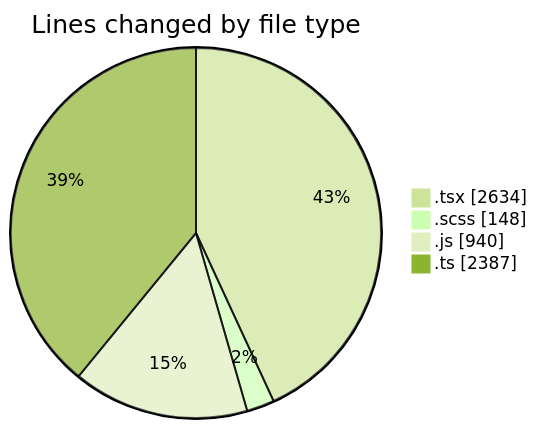
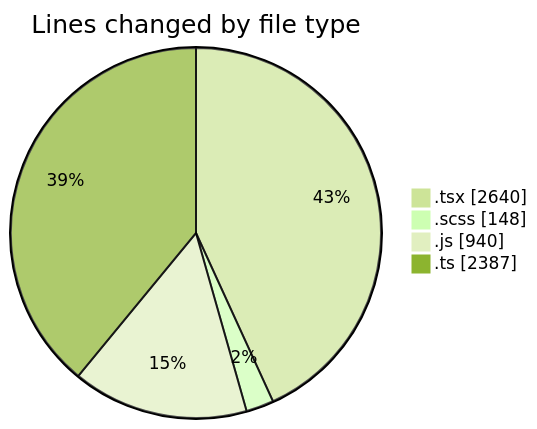
Before and after one commit to momahboobian/code-tracking: the first of 2 diagrams in 2026-07-15/cda/README.md, drawn with Mermaid (forest theme). The commit also changed other lines of this file and 1 other file, not shown here.

````diff
--- a/2026-07-15/cda/README.md
+++ b/2026-07-15/cda/README.md
@@ -51,8 +51,8 @@
 ```mermaid
 pie showData
 title Lines changed by file type
-".tsx" : 2634
+".tsx" : 2640
 ".scss" : 148
 ".js" : 940
 ".ts" : 2387
 ```
````
